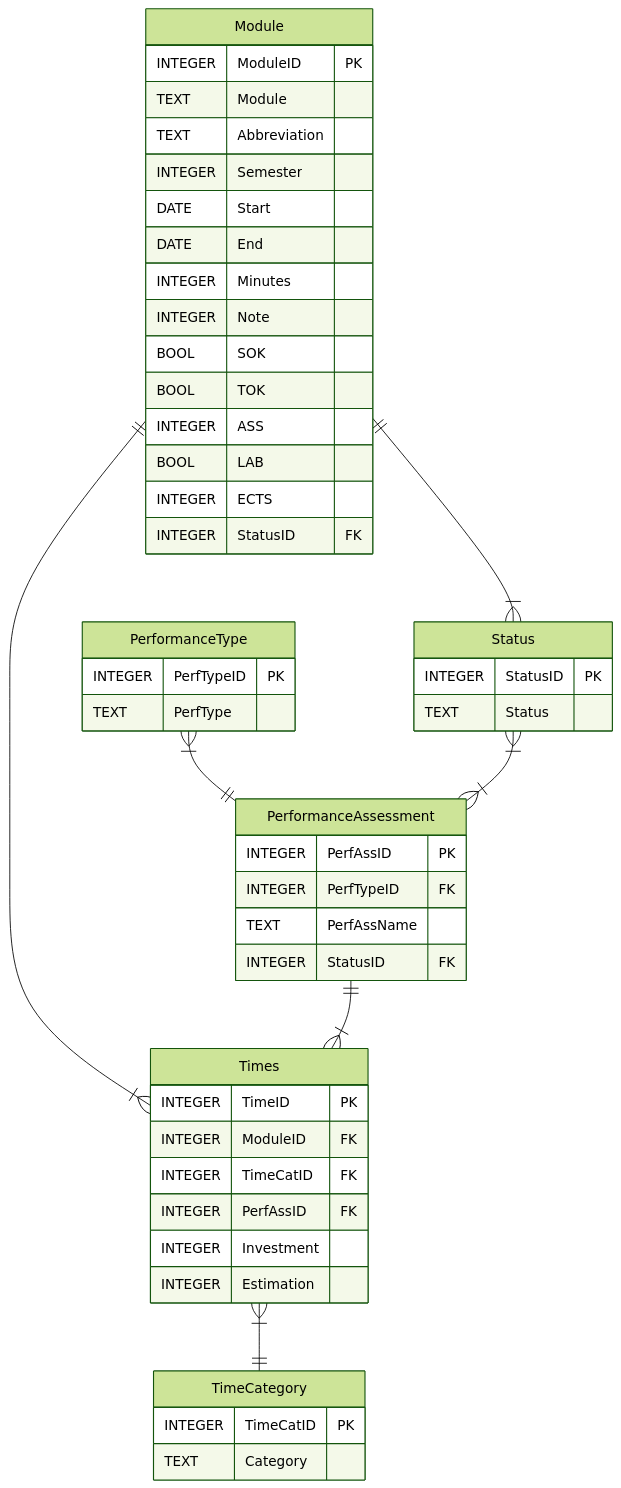
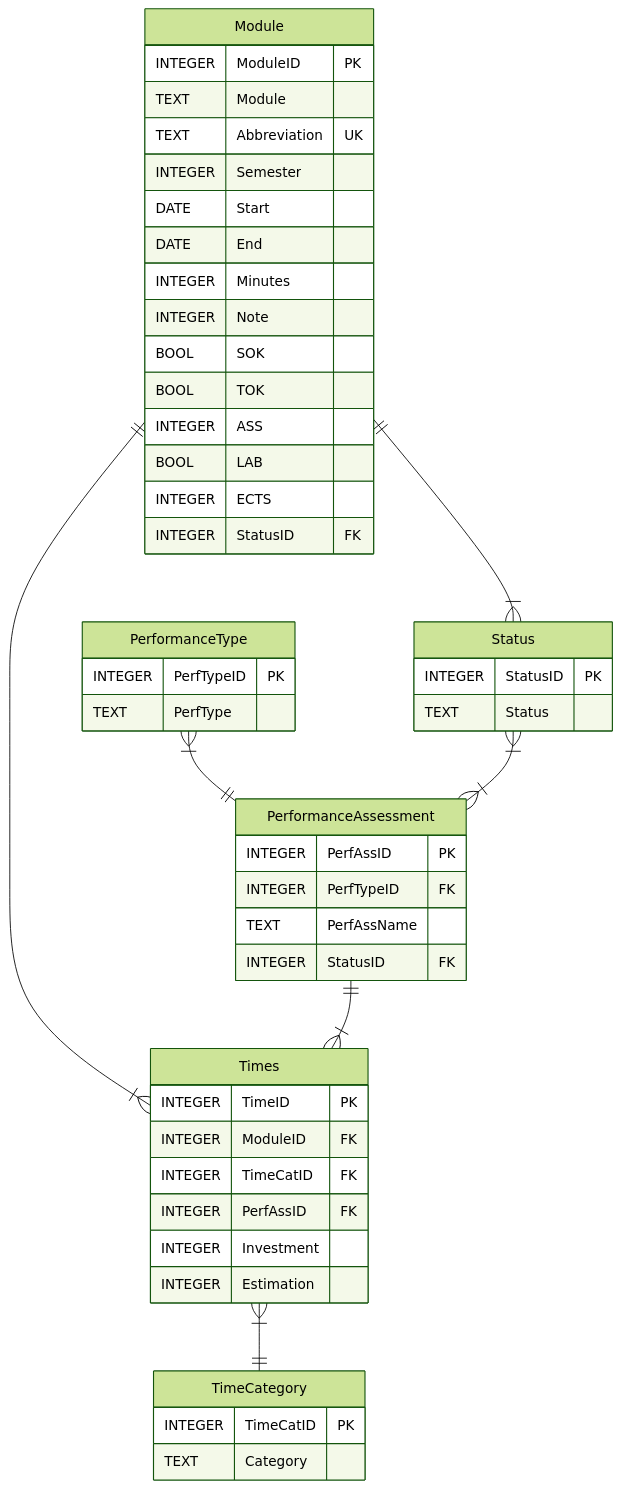
Before and after one commit to Enidable/AkademeMateQt: the diagram in README.md, drawn with Mermaid (forest theme).

````diff
--- a/README.md
+++ b/README.md
@@ -9,60 +9,60 @@
 ```mermaid
 erDiagram
   Module ||--|{ Times : ""
   Module ||--|{ Status : ""
   Times}|--|| TimeCategory : ""
   
   PerformanceType }|--|| PerformanceAssessment : ""
   Status }|--|{ PerformanceAssessment : ""
   
   
   PerformanceAssessment ||--|{ Times : ""
 
   Module {
     INTEGER ModuleID PK
     TEXT Module
-    TEXT Abbreviation
+    TEXT Abbreviation UK
     INTEGER Semester
     DATE Start
     DATE End
     INTEGER Minutes
     INTEGER Note
     BOOL SOK
     BOOL TOK
     INTEGER ASS
     BOOL LAB
     INTEGER ECTS
     INTEGER StatusID FK
   }
 
   Status {
     INTEGER StatusID PK
     TEXT Status
   }
 
   PerformanceType {
     INTEGER PerfTypeID PK
     TEXT PerfType
   }
 
   PerformanceAssessment {
     INTEGER PerfAssID PK
     INTEGER PerfTypeID FK
     TEXT PerfAssName
     INTEGER StatusID FK
   }
 
   TimeCategory {
     INTEGER TimeCatID PK
     TEXT Category
   }
 
   Times {
     INTEGER TimeID PK
     INTEGER ModuleID FK
     INTEGER TimeCatID FK
     INTEGER PerfAssID FK
     INTEGER Investment
     INTEGER Estimation
   }
 ```
````
